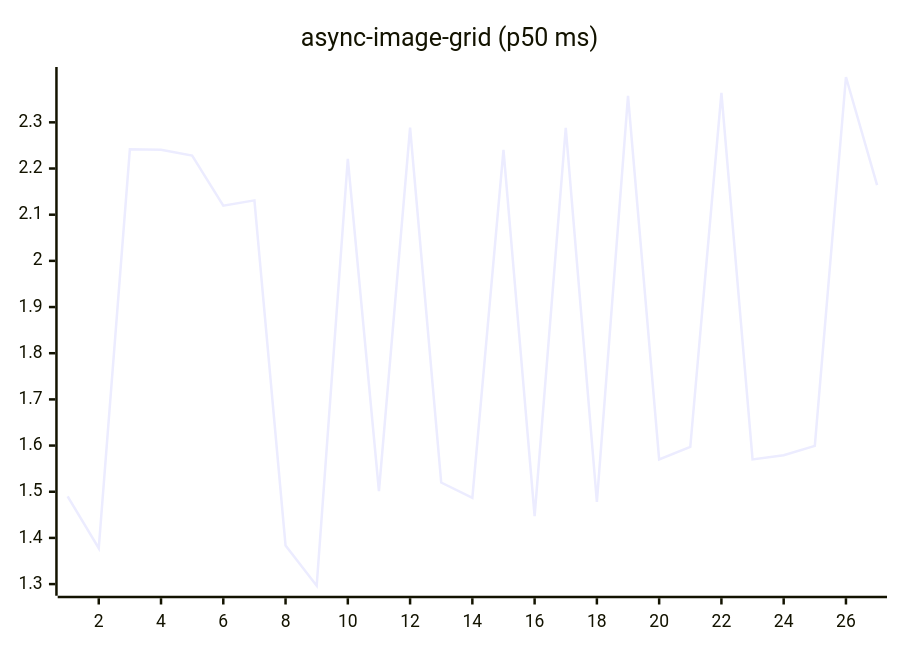
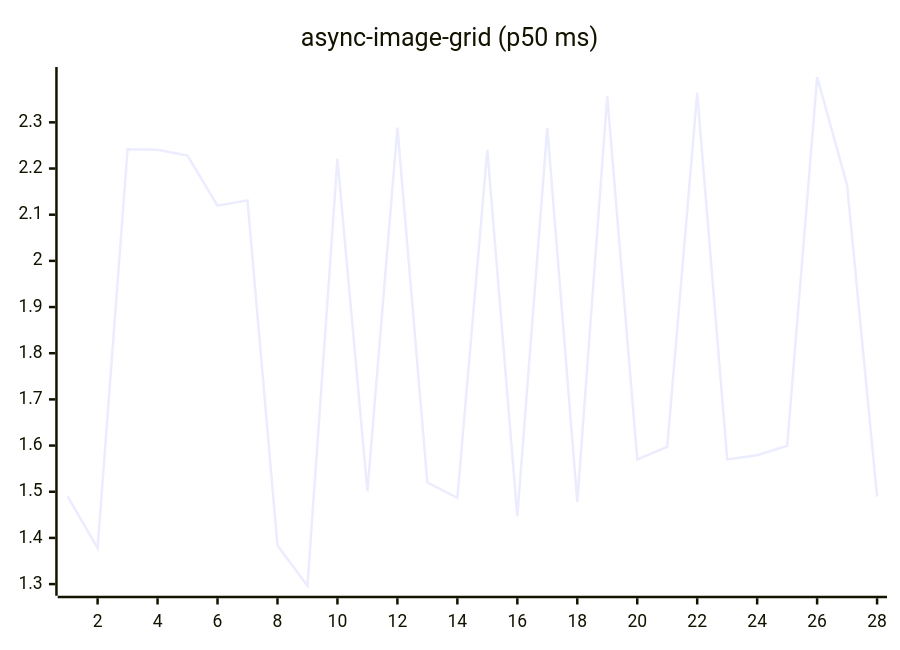
The fifth of 27 diagrams in README.md (josha/Facet), drawn with Mermaid before and after one commit. The commit also changed other lines of this file and 2 other files, not shown here.

````diff
--- a/README.md
+++ b/README.md
@@ -91,6 +91,6 @@
 ```mermaid
 xychart-beta
     title "async-image-grid (p50 ms)"
-    x-axis 1 --> 27
-    line [1.4898, 1.3778, 2.2419, 2.2404, 2.2280, 2.1194, 2.1310, 1.3834, 1.2964, 2.2208, 1.5015, 2.2886, 1.5200, 1.4868, 2.2404, 1.4470, 2.2880, 1.4779, 2.3575, 1.5699, 1.5969, 2.3640, 1.5700, 1.5790, 1.5994, 2.3982, 2.1641]
+    x-axis 1 --> 28
+    line [1.4898, 1.3778, 2.2419, 2.2404, 2.2280, 2.1194, 2.1310, 1.3834, 1.2964, 2.2208, 1.5015, 2.2886, 1.5200, 1.4868, 2.2404, 1.4470, 2.2880, 1.4779, 2.3575, 1.5699, 1.5969, 2.3640, 1.5700, 1.5790, 1.5994, 2.3982, 2.1641, 1.4893]
 ```
````
